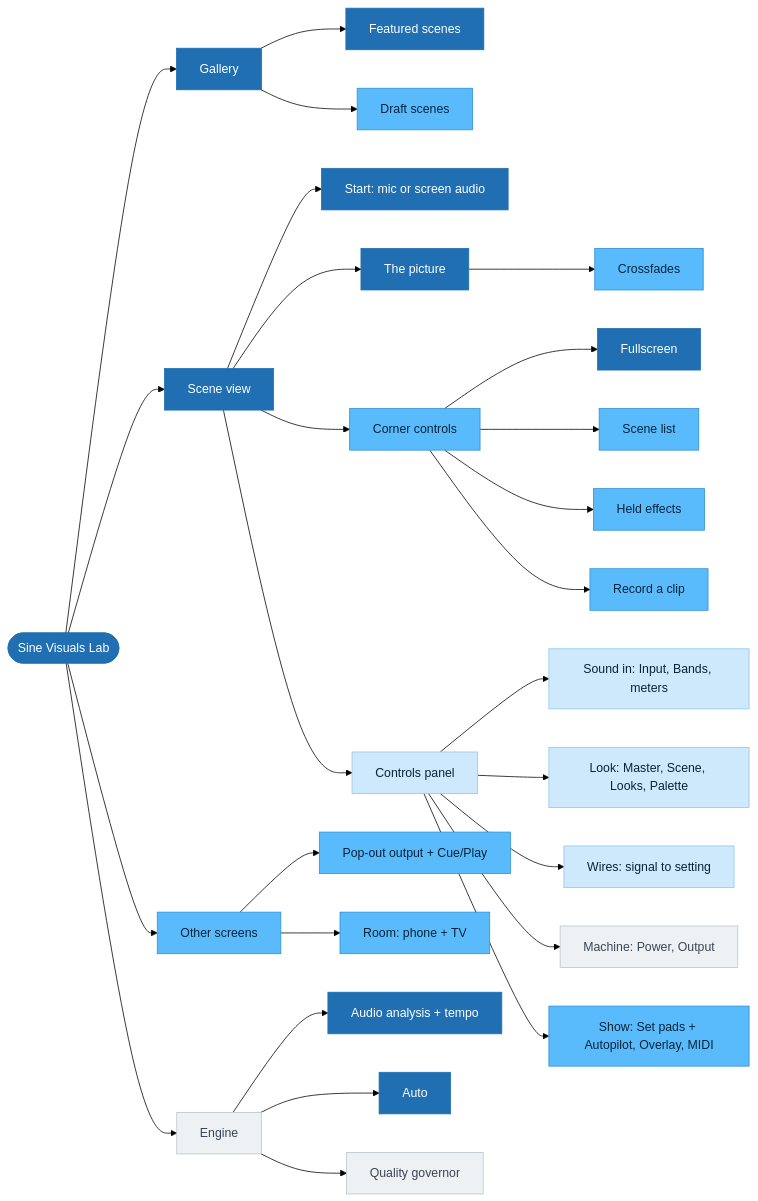
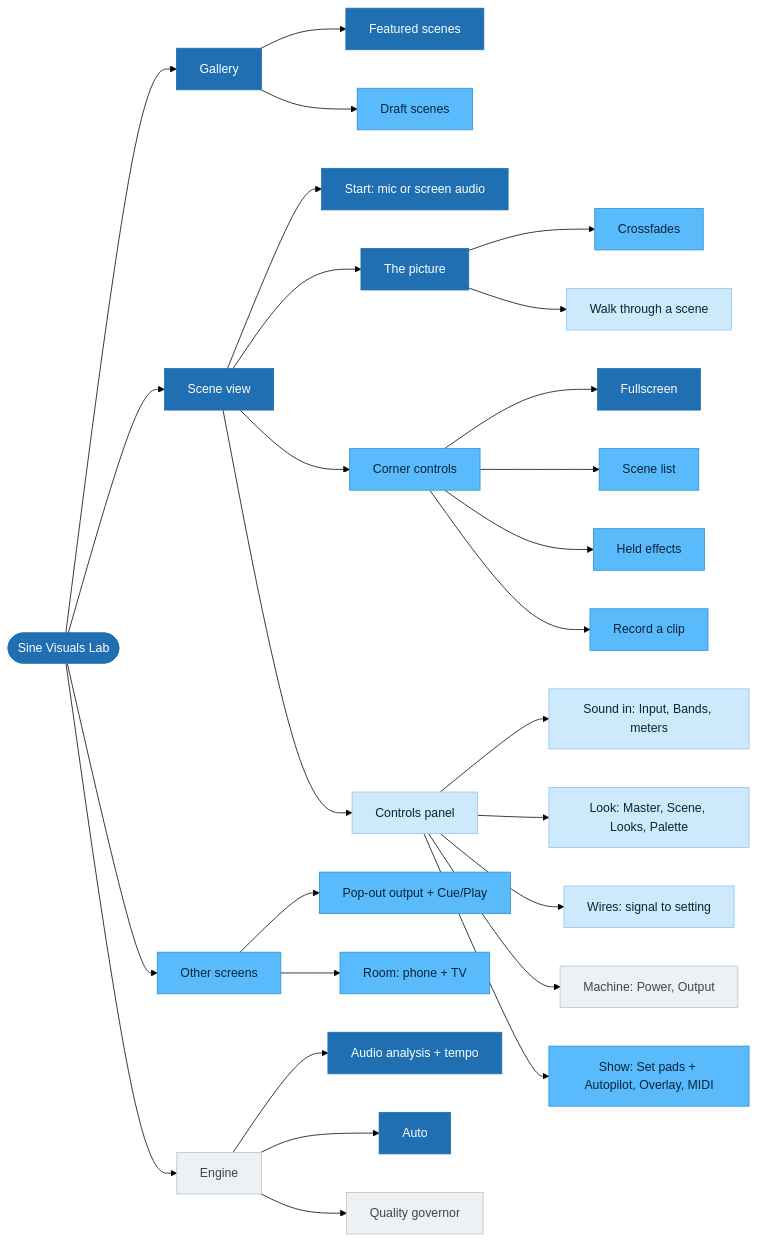
The diagram in docs/feature-map.md (maksymenkoyr/sine-visuals-lab), drawn with Mermaid (forest theme) before and after one commit. The commit also changed other lines of this file and 11 other files, not shown here.

First line of the commit message:
Code Rain: the camera stands still, and a click on the picture lets you walk through the rain like in a game

````diff
--- a/docs/feature-map.md
+++ b/docs/feature-map.md
@@ -34,46 +34,47 @@
 ```mermaid
 flowchart LR
   app(["Sine Visuals Lab"])
 
   app --> gallery["Gallery"]
   app --> view["Scene view"]
   app --> out["Other screens"]
   app --> engine["Engine"]
 
   gallery --> featured["Featured scenes"]
   gallery --> drafts["Draft scenes"]
 
   view --> start["Start: mic or screen audio"]
   view --> picture["The picture"]
   view --> corner["Corner controls"]
   view --> panel["Controls panel"]
 
   picture --> crossfade["Crossfades"]
+  picture --> walk["Walk through a scene"]
   corner --> fs["Fullscreen"]
   corner --> sceneList["Scene list"]
   corner --> fx["Held effects"]
   corner --> rec["Record a clip"]
 
   panel --> soundIn["Sound in: Input, Bands, meters"]
   panel --> look["Look: Master, Scene, Looks, Palette"]
   panel --> wires["Wires: signal to setting"]
   panel --> power["Machine: Power, Output"]
   panel --> show["Show: Set pads + Autopilot, Overlay, MIDI"]
 
   out --> popout["Pop-out output + Cue/Play"]
   out --> room["Room: phone + TV"]
 
   engine --> analysis["Audio analysis + tempo"]
   engine --> auto["Auto"]
   engine --> governor["Quality governor"]
 
   classDef core fill:#1f6fb2,stroke:#1f6fb2,color:#ffffff
   classDef key fill:#59bbfb,stroke:#2b8fd4,color:#08243a
   classDef depth fill:#cfe9fc,stroke:#8cc6ef,color:#08243a
   classDef hood fill:#eef1f4,stroke:#b9c2cb,color:#3a4652
 
   class app,gallery,view,start,picture,featured,fs,analysis,auto core
   class drafts,out,popout,room,crossfade,fx,rec,corner,show,sceneList key
-  class panel,soundIn,look,wires depth
+  class panel,soundIn,look,wires,walk depth
   class engine,power,governor hood
 ```
````
